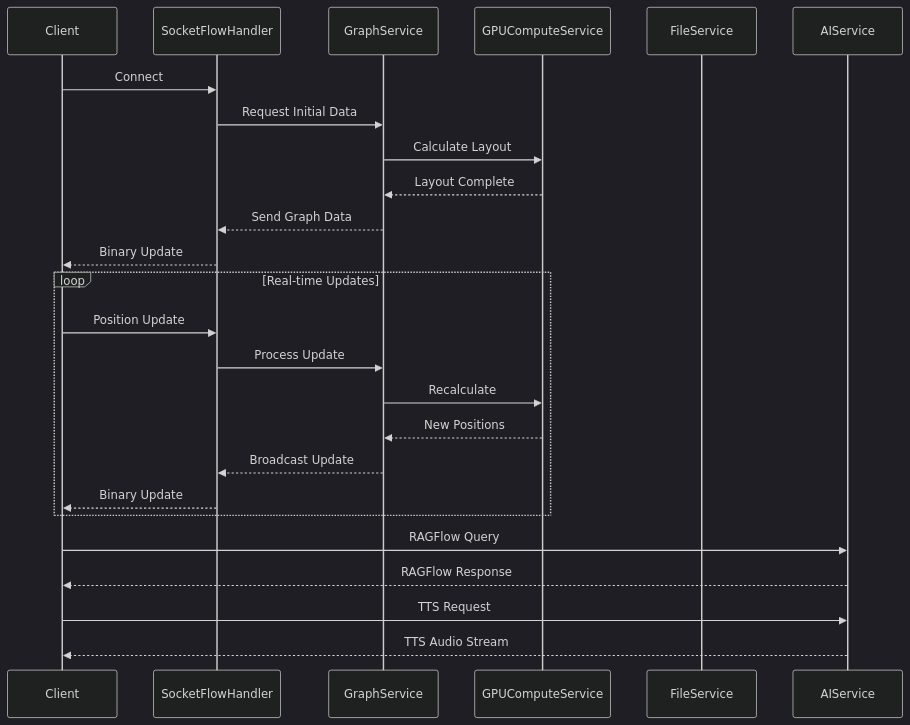
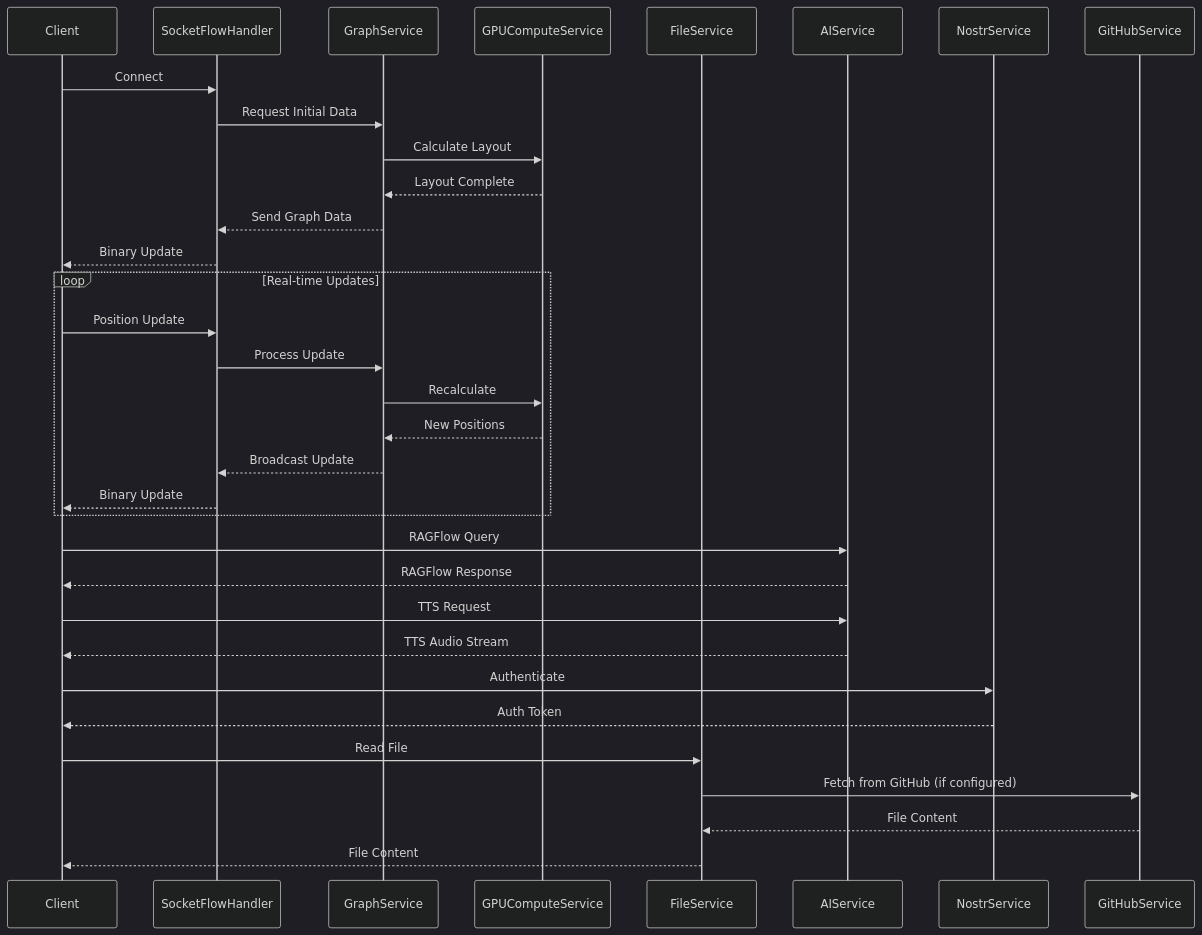
Before and after one commit to DreamLab-AI/VisionFlow: the second of 2 diagrams in docs/server/architecture.md, drawn with Mermaid (dark theme). The commit also changed other lines of this file and 8 other files, not shown here.

````diff
--- a/docs/server/architecture.md
+++ b/docs/server/architecture.md
@@ -190,31 +218,41 @@
 ```mermaid
 sequenceDiagram
     participant Client
     participant SocketFlowHandler
     participant GraphService
     participant GPUComputeService
     participant FileService
     participant AIService
-
+    participant NostrService
+    participant GitHubService
+    
     Client->>SocketFlowHandler: Connect
     SocketFlowHandler->>GraphService: Request Initial Data
     GraphService->>GPUComputeService: Calculate Layout
     GPUComputeService-->>GraphService: Layout Complete
     GraphService-->>SocketFlowHandler: Send Graph Data
     SocketFlowHandler-->>Client: Binary Update
 
     loop Real-time Updates
         Client->>SocketFlowHandler: Position Update
         SocketFlowHandler->>GraphService: Process Update
         GraphService->>GPUComputeService: Recalculate
         GPUComputeService-->>GraphService: New Positions
         GraphService-->>SocketFlowHandler: Broadcast Update
         SocketFlowHandler-->>Client: Binary Update
     end
 
     Client->>AIService: RAGFlow Query
     AIService-->>Client: RAGFlow Response
 
     Client->>AIService: TTS Request
     AIService-->>Client: TTS Audio Stream
+
+    Client->>NostrService: Authenticate
+    NostrService-->>Client: Auth Token
+
+    Client->>FileService: Read File
+    FileService->>GitHubService: Fetch from GitHub (if configured)
+    GitHubService-->>FileService: File Content
+    FileService-->>Client: File Content
 ```
````
